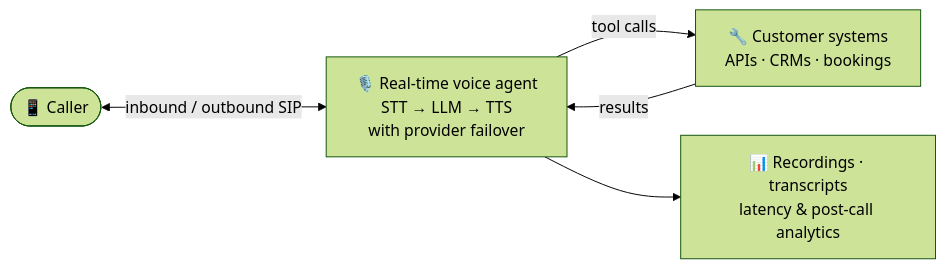
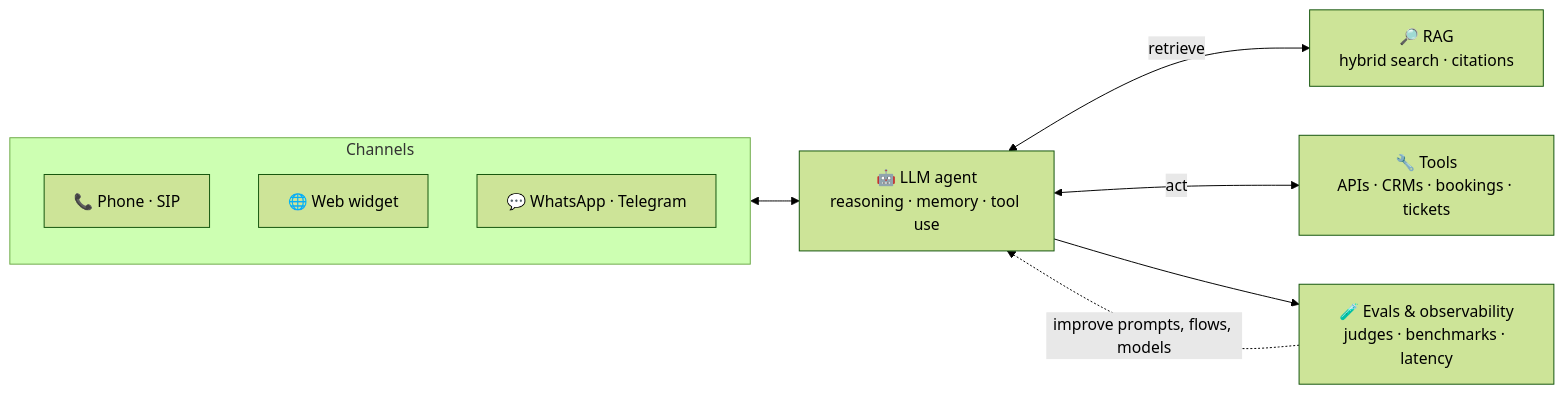
One commit to mohammed-elhaj/mohammed-elhaj changed the diagram in README.md. Above: the diagram before and after it, drawn with Mermaid (forest theme). The commit also changed other lines of this file and 1 other file, not shown here.

````diff
--- a/README.md
+++ b/README.md
@@ -81,7 +53,13 @@
 ```mermaid
 flowchart LR
-    C(["📱 Caller"]) <-->|inbound / outbound SIP| A["🎙️ Real-time voice agent<br/>STT → LLM → TTS<br/>with provider failover"]
-    A -->|tool calls| T["🔧 Customer systems<br/>APIs · CRMs · bookings"]
-    T -->|results| A
-    A --> O["📊 Recordings · transcripts<br/>latency & post-call analytics"]
+    subgraph CH["Channels"]
+        P["📞 Phone · SIP"]
+        W["🌐 Web widget"]
+        M["💬 WhatsApp · Telegram"]
+    end
+    CH <--> A["🤖 LLM agent<br/>reasoning · memory · tool use"]
+    A <-->|retrieve| R["🔎 RAG<br/>hybrid search · citations"]
+    A <-->|act| T["🔧 Tools<br/>APIs · CRMs · bookings · tickets"]
+    A --> E["🧪 Evals & observability<br/>judges · benchmarks · latency"]
+    E -.->|improve prompts, flows, models| A
 ```
````
